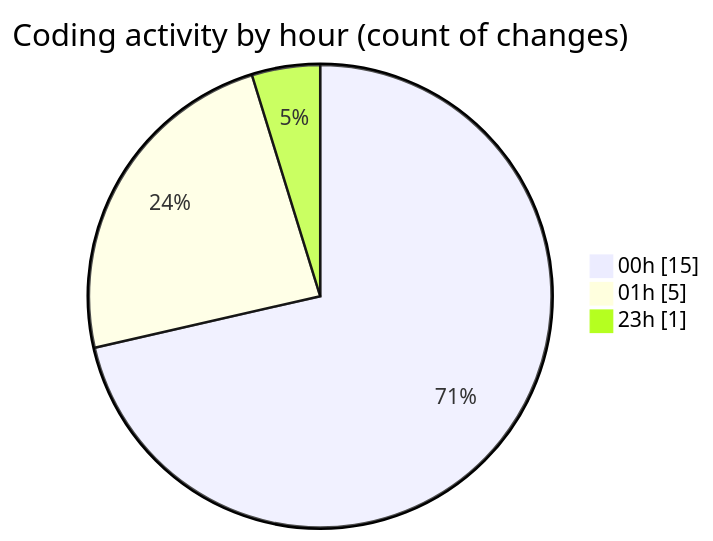
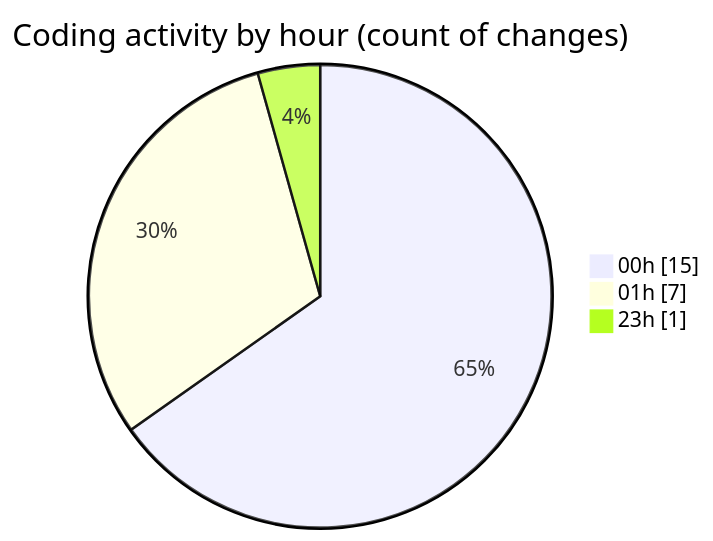
Before and after one commit to lephambinh05/code-tracking: the second of 2 diagrams in 2025-08-04/studybuddy/README.md, drawn with Mermaid. The commit also changed other lines of this file and 1 other file, not shown here.

````diff
--- a/2025-08-04/studybuddy/README.md
+++ b/2025-08-04/studybuddy/README.md
@@ -32,7 +33,7 @@
 ```mermaid
 pie showData
 title Coding activity by hour (count of changes)
 "00h" : 15
-"01h" : 5
+"01h" : 7
 "23h" : 1
 ```
````
